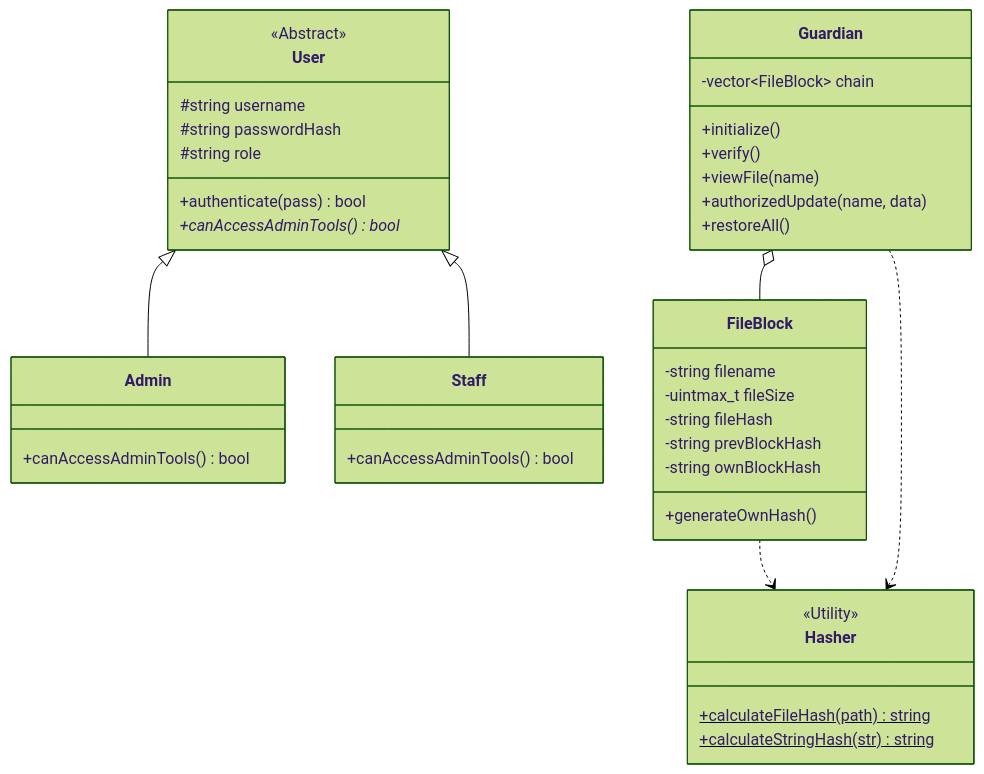
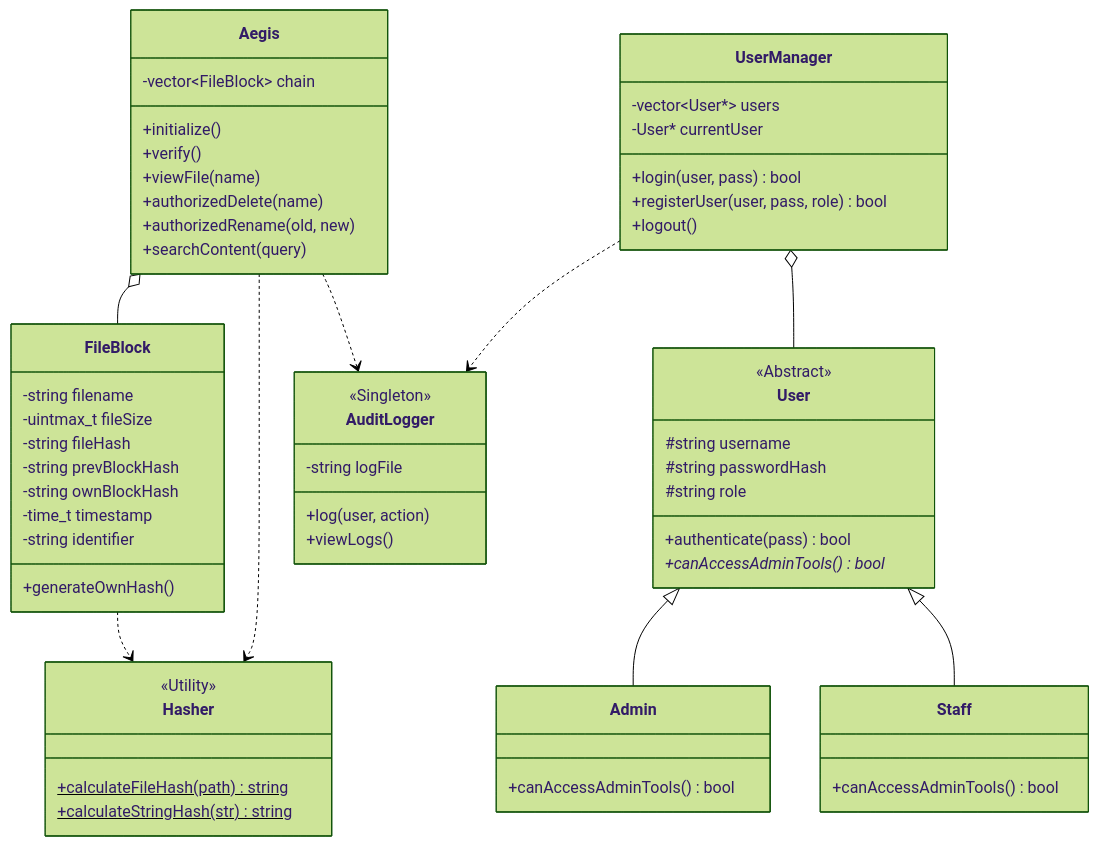
One commit to abdulrafayau/AegisGuardian changed the diagram in README.md. Above: the diagram before and after it, drawn with Mermaid (forest theme). The commit also changed other lines of this file and 9 other files, not shown here.

````diff
--- a/README.md
+++ b/README.md
@@ -19,49 +21,70 @@
 ```mermaid
 classDiagram
     class User {
         <<Abstract>>
         #string username
         #string passwordHash
         #string role
         +authenticate(pass) bool
         +canAccessAdminTools()* bool
     }
 
     class Admin {
         +canAccessAdminTools() bool
     }
 
     class Staff {
         +canAccessAdminTools() bool
     }
 
     class FileBlock {
         -string filename
         -uintmax_t fileSize
         -string fileHash
         -string prevBlockHash
         -string ownBlockHash
+        -time_t timestamp
+        -string identifier
         +generateOwnHash()
     }
 
-    class Guardian {
+    class Aegis {
         -vector~FileBlock~ chain
         +initialize()
         +verify()
         +viewFile(name)
-        +authorizedUpdate(name, data)
-        +restoreAll()
+        +authorizedDelete(name)
+        +authorizedRename(old, new)
+        +searchContent(query)
+    }
+
+    class UserManager {
+        -vector~User*~ users
+        -User* currentUser
+        +login(user, pass) bool
+        +registerUser(user, pass, role) bool
+        +logout()
+    }
+
+    class AuditLogger {
+        <<Singleton>>
+        -string logFile
+        +log(user, action)
+        +viewLogs()
     }
 
     class Hasher {
         <<Utility>>
         +calculateFileHash(path)$ string
         +calculateStringHash(str)$ string
     }
 
     User <|-- Admin
     User <|-- Staff
-    Guardian o-- FileBlock
+    Aegis o-- FileBlock
+    UserManager o-- User
+    Aegis ..> AuditLogger
+    UserManager ..> AuditLogger
     FileBlock ..> Hasher
-    Guardian ..> Hasher
+    Aegis ..> Hasher
 ```
````
